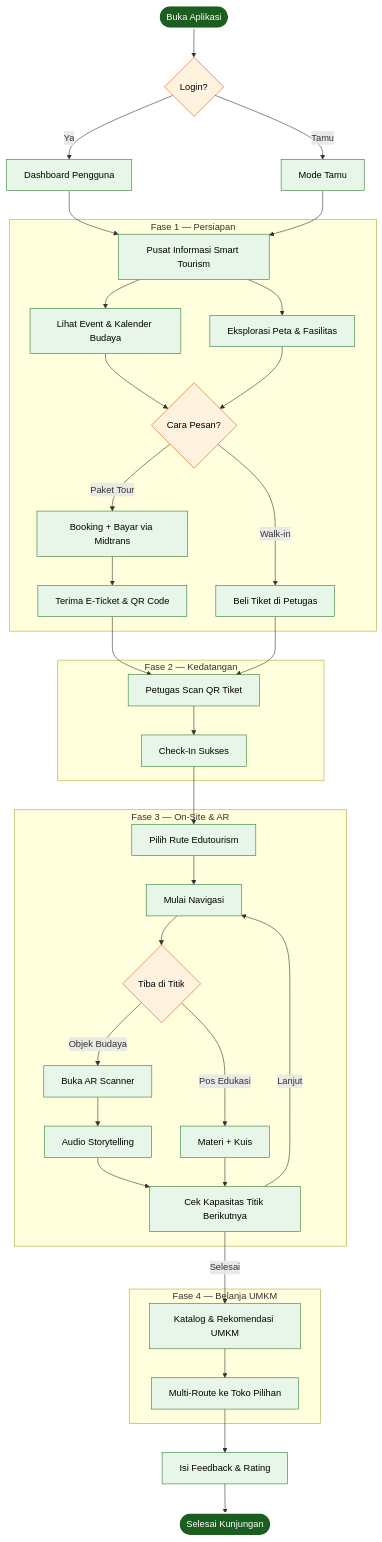
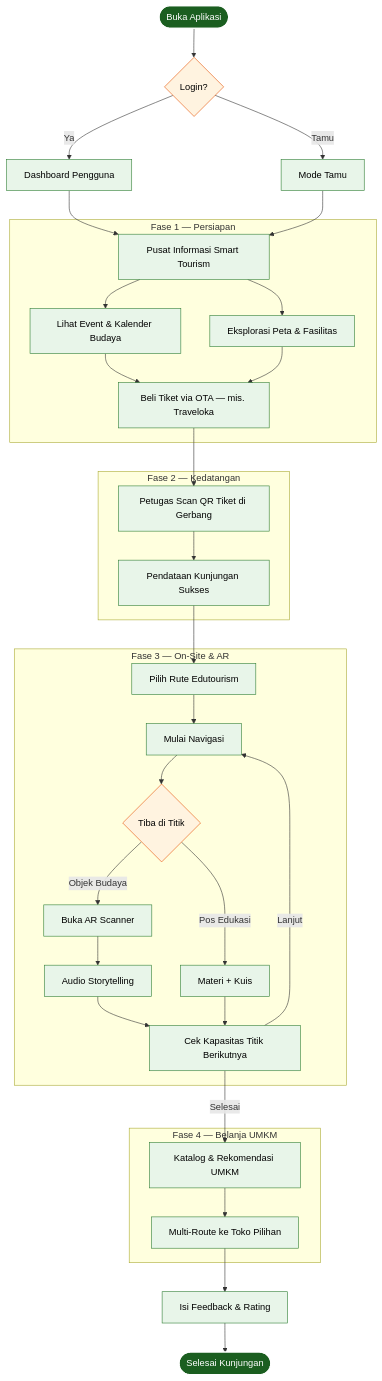
One commit to Andndre/ganesha_smart_edutourism changed the third of 4 diagrams in README.md. Above: the diagram before and after it, drawn with Mermaid. The commit also changed other lines of this file and 11 other files, not shown here.

````diff
--- a/README.md
+++ b/README.md
@@ -147,44 +144,41 @@
 ```mermaid
 flowchart TD
     classDef startEnd fill:#1b5e20,stroke:#fff,stroke-width:2px,color:#fff;
     classDef process fill:#e8f5e9,stroke:#2e7d32,stroke-width:1px,color:#000;
     classDef decision fill:#fff3e0,stroke:#e65100,stroke-width:1px,color:#000;
 
     A([Buka Aplikasi]):::startEnd --> B{Login?}:::decision
     B -->|Ya| C[Dashboard Pengguna]:::process
     B -->|Tamu| D[Mode Tamu]:::process
     C & D --> E[Pusat Informasi Smart Tourism]:::process
 
     subgraph PRE["Fase 1 — Persiapan"]
         E --> F[Lihat Event & Kalender Budaya]:::process
         E --> G[Eksplorasi Peta & Fasilitas]:::process
-        F & G --> H{Cara Pesan?}:::decision
-        H -->|Paket Tour| I[Booking + Bayar via Midtrans]:::process
-        H -->|Walk-in| J[Beli Tiket di Petugas]:::process
-        I --> K[Terima E-Ticket & QR Code]:::process
+        F & G --> J[Beli Tiket via OTA — mis. Traveloka]:::process
     end
 
     subgraph ARRIVAL["Fase 2 — Kedatangan"]
-        K & J --> L[Petugas Scan QR Tiket]:::process
-        L --> M[Check-In Sukses]:::process
+        J --> L[Petugas Scan QR Tiket di Gerbang]:::process
+        L --> M[Pendataan Kunjungan Sukses]:::process
     end
 
     subgraph ONSITE["Fase 3 — On-Site & AR"]
         M --> N[Pilih Rute Edutourism]:::process
         N --> O[Mulai Navigasi]:::process
         O --> P{Tiba di Titik}:::decision
         P -->|Objek Budaya| Q[Buka AR Scanner]:::process
         Q --> R[Audio Storytelling]:::process
         P -->|Pos Edukasi| S[Materi + Kuis]:::process
         R & S --> T[Cek Kapasitas Titik Berikutnya]:::process
         T -->|Lanjut| O
     end
 
     subgraph UMKM_PHASE["Fase 4 — Belanja UMKM"]
         T -->|Selesai| U[Katalog & Rekomendasi UMKM]:::process
         U --> V[Multi-Route ke Toko Pilihan]:::process
     end
 
     V --> W[Isi Feedback & Rating]:::process
     W --> X([Selesai Kunjungan]):::startEnd
 ```
````
